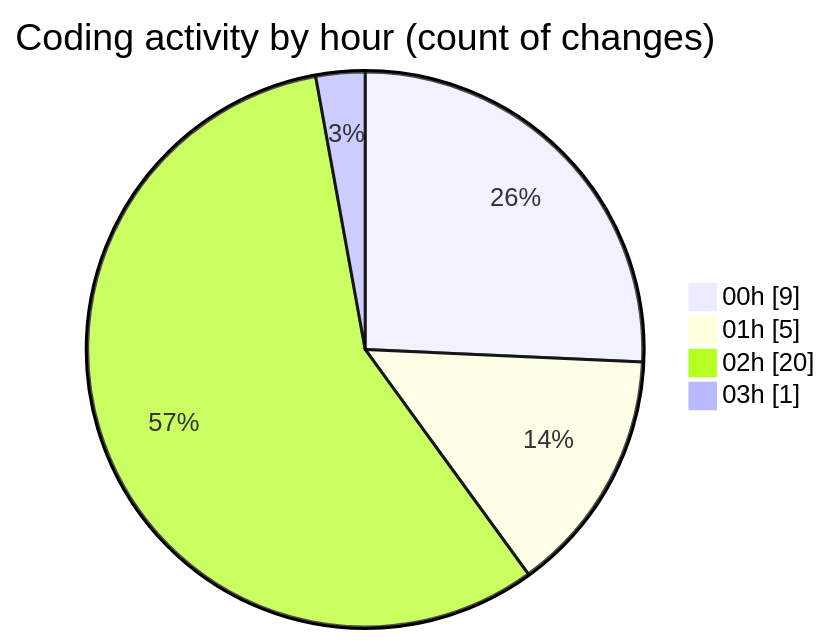
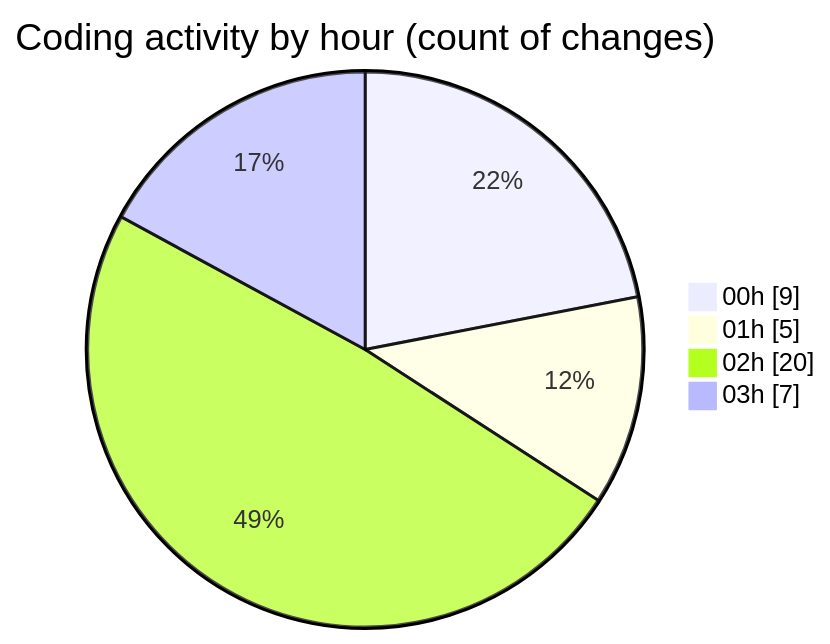
One commit to lephambinh05/code-tracking changed the second of 2 diagrams in 2025-08-05/studybuddy/README.md. Above: the diagram before and after it, drawn with Mermaid. The commit also changed other lines of this file and 1 other file, not shown here.

````diff
--- a/2025-08-05/studybuddy/README.md
+++ b/2025-08-05/studybuddy/README.md
@@ -38,8 +40,8 @@
 ```mermaid
 pie showData
 title Coding activity by hour (count of changes)
 "00h" : 9
 "01h" : 5
 "02h" : 20
-"03h" : 1
+"03h" : 7
 ```
````
